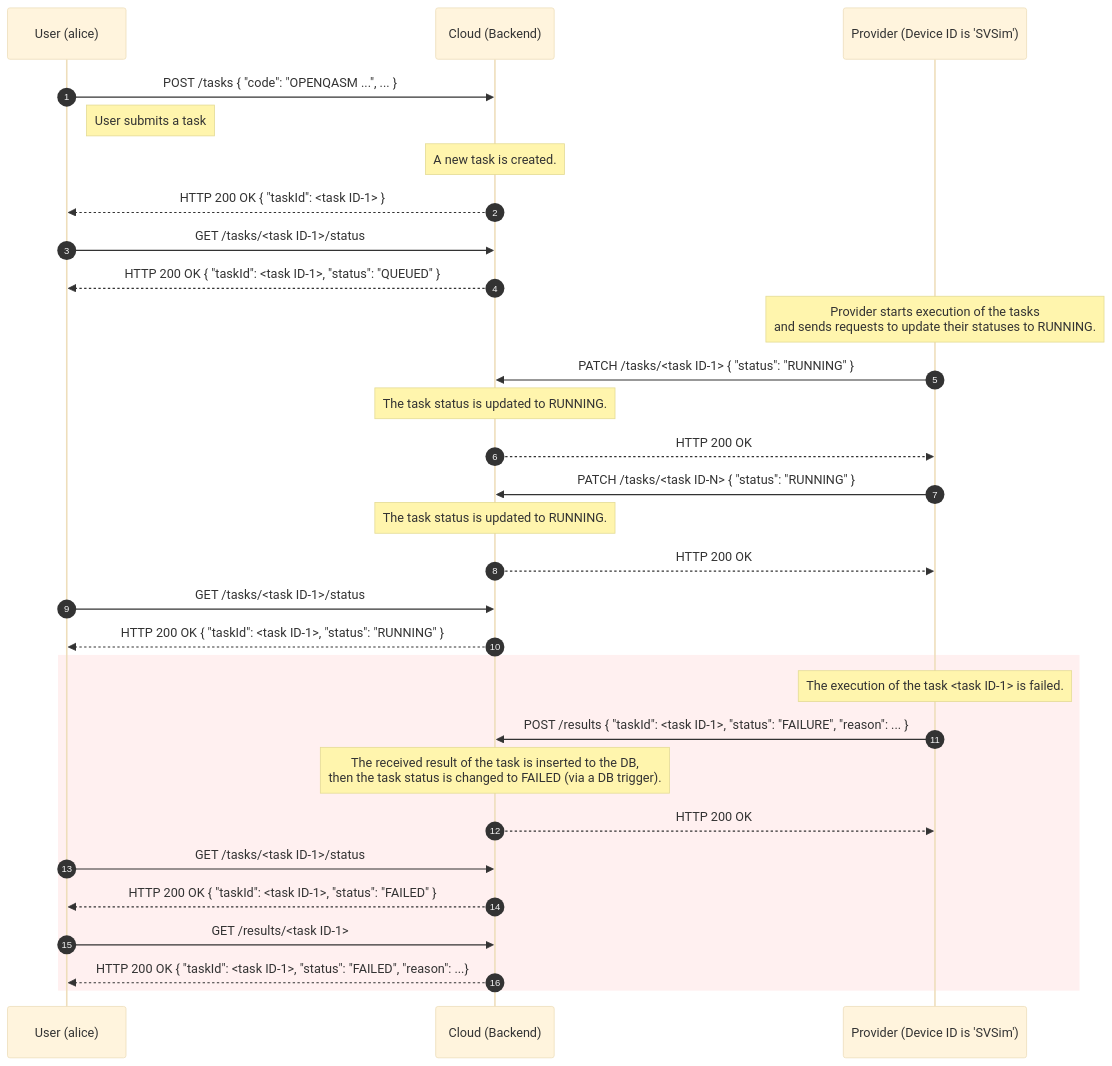
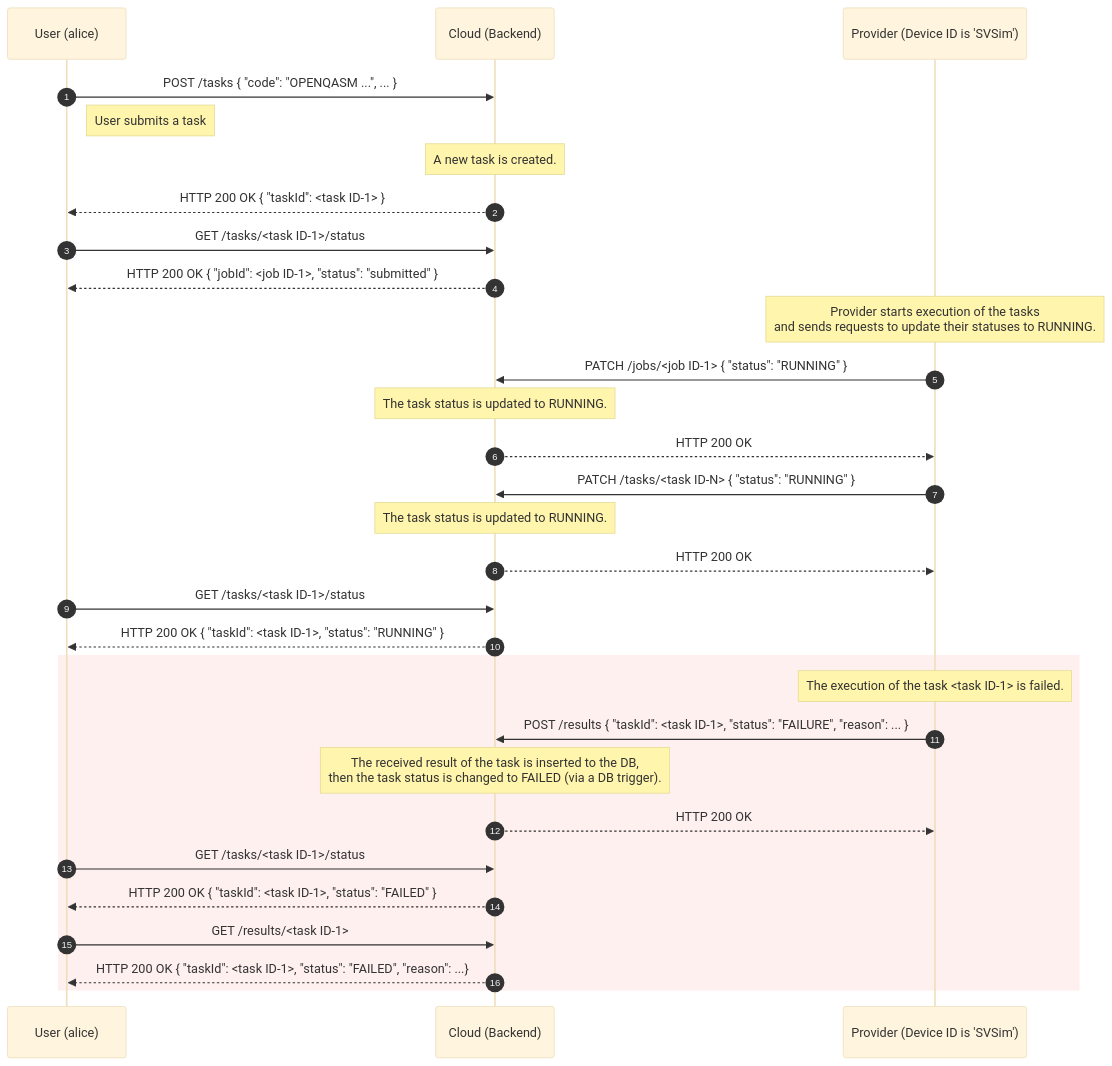
Before and after one commit to oqtopus-team/oqtopus-cloud: the second of 3 diagrams in docs/en/architecture/sequence_diagram.md, drawn with Mermaid (base theme). The commit also changed other lines of this file and 79 other files, not shown here.

Commit message:
refactor: Revise job schemas  (#43)

````diff
--- a/docs/en/architecture/sequence_diagram.md
+++ b/docs/en/architecture/sequence_diagram.md
@@ -80,40 +80,40 @@
 ```mermaid
 sequenceDiagram
     autonumber
     participant User as User (alice)
     participant Cloud as Cloud (Backend)
     participant Provider as Provider (Device ID is 'SVSim')
 
     User->>Cloud: POST /tasks { "code": "OPENQASM ...", ... }
     Note right of User: User submits a task
     Note over Cloud: A new task is created.
     Cloud-->>User: HTTP 200 OK { "taskId": <task ID-1> }
 
     User->>Cloud: GET /tasks/<task ID-1>/status
-    Cloud-->>User: HTTP 200 OK { "taskId": <task ID-1>, "status": "QUEUED" }
+    Cloud-->>User: HTTP 200 OK { "jobId": <job ID-1>, "status": "submitted" }
 
     Note over Provider: Provider starts execution of the tasks<br>and sends requests to update their statuses to RUNNING.
-    Provider->>Cloud: PATCH /tasks/<task ID-1> { "status": "RUNNING" }
+    Provider->>Cloud: PATCH /jobs/<job ID-1> { "status": "RUNNING" }
     Note over Cloud: The task status is updated to RUNNING.
     Cloud-->>Provider: HTTP 200 OK
 
     Provider->>Cloud: PATCH /tasks/<task ID-N> { "status": "RUNNING" }
     Note over Cloud: The task status is updated to RUNNING.
     Cloud-->>Provider: HTTP 200 OK
 
     User->>Cloud: GET /tasks/<task ID-1>/status
     Cloud-->>User: HTTP 200 OK { "taskId": <task ID-1>, "status": "RUNNING" }
 
     rect rgb(255, 240, 240)
         Note over Provider: The execution of the task <task ID-1> is failed.
         Provider->>Cloud: POST /results { "taskId": <task ID-1>, "status": "FAILURE", "reason": ... }
         Note over Cloud: The received result of the task is inserted to the DB,<br> then the task status is changed to FAILED (via a DB trigger).
         Cloud-->>Provider: HTTP 200 OK
   
         User->>Cloud: GET /tasks/<task ID-1>/status
         Cloud-->>User: HTTP 200 OK { "taskId": <task ID-1>, "status": "FAILED" }
   
         User->>Cloud: GET /results/<task ID-1>
         Cloud-->>User: HTTP 200 OK { "taskId": <task ID-1>, "status": "FAILED", "reason": ...}
     end
 ```
````
